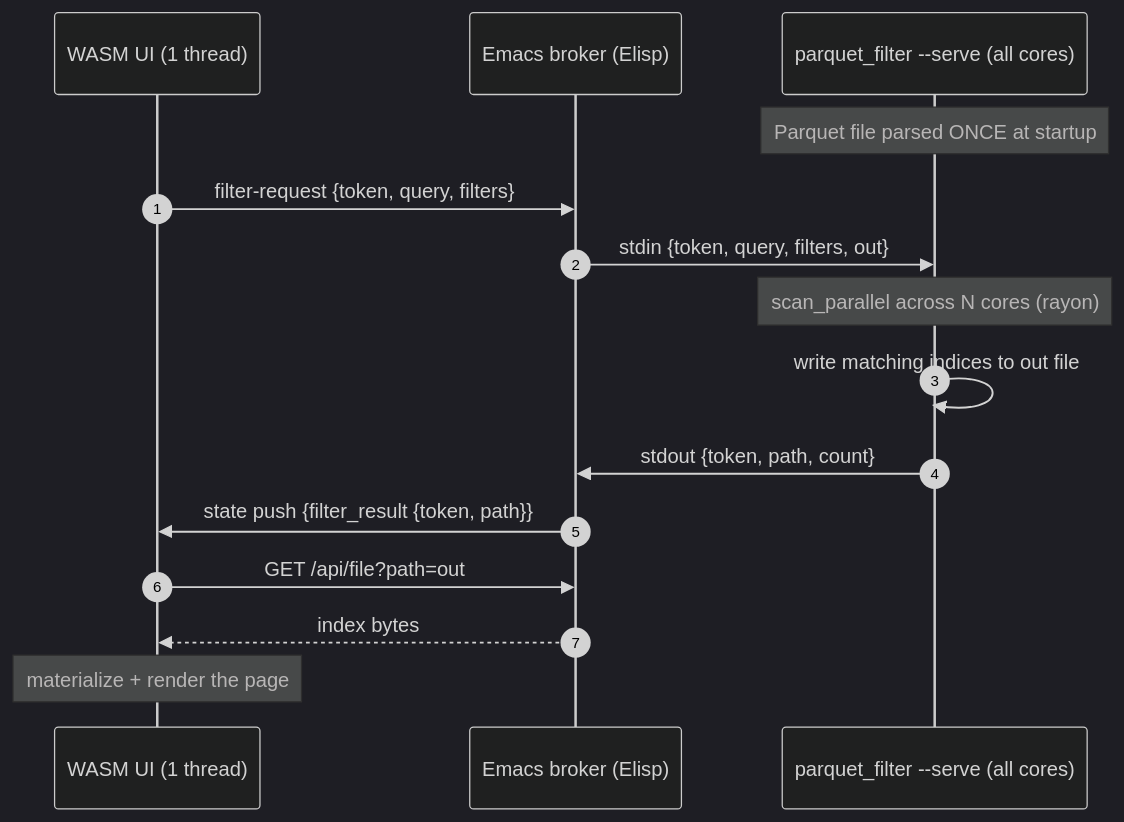
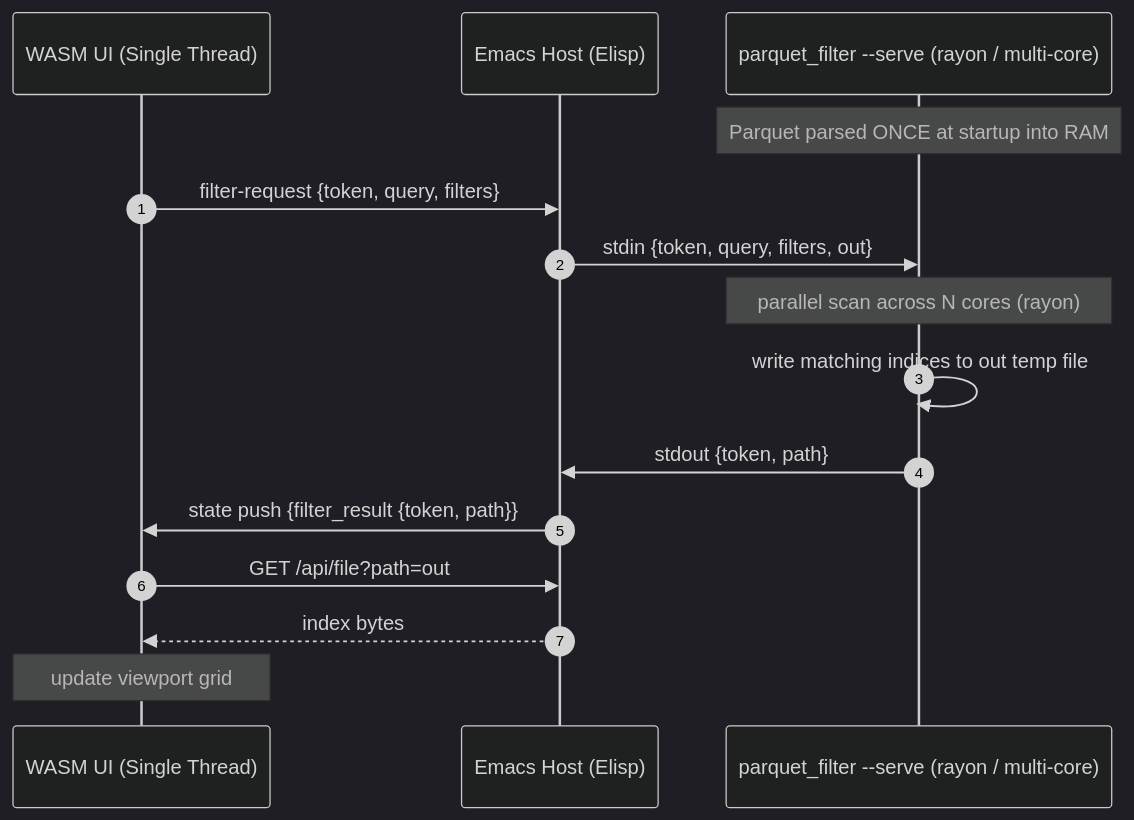
The first of 3 diagrams in README.md (nohzafk/emacs-parquet-explorer), drawn with Mermaid (dark theme) before and after one commit. The commit also changed other lines of this file and 1 other file, not shown here.

First line of the commit message:
doc/ui: simplify WASM fallback scanning and consolidate performance architecture docs

````diff
--- a/README.md
+++ b/README.md
@@ -222,17 +213,17 @@
 ```mermaid
 sequenceDiagram
     autonumber
-    participant UI as WASM UI (1 thread)
-    participant EL as Emacs broker (Elisp)
-    participant SC as parquet_filter --serve (all cores)
-    Note over SC: Parquet file parsed ONCE at startup
+    participant UI as WASM UI (Single Thread)
+    participant EL as Emacs Host (Elisp)
+    participant SC as parquet_filter --serve (rayon / multi-core)
+    Note over SC: Parquet parsed ONCE at startup into RAM
     UI->>EL: filter-request {token, query, filters}
     EL->>SC: stdin {token, query, filters, out}
-    Note over SC: scan_parallel across N cores (rayon)
-    SC->>SC: write matching indices to out file
-    SC->>EL: stdout {token, path, count}
+    Note over SC: parallel scan across N cores (rayon)
+    SC->>SC: write matching indices to out temp file
+    SC->>EL: stdout {token, path}
     EL->>UI: state push {filter_result {token, path}}
     UI->>EL: GET /api/file?path=out
     EL-->>UI: index bytes
-    Note over UI: materialize + render the page
+    Note over UI: update viewport grid
 ```
````
